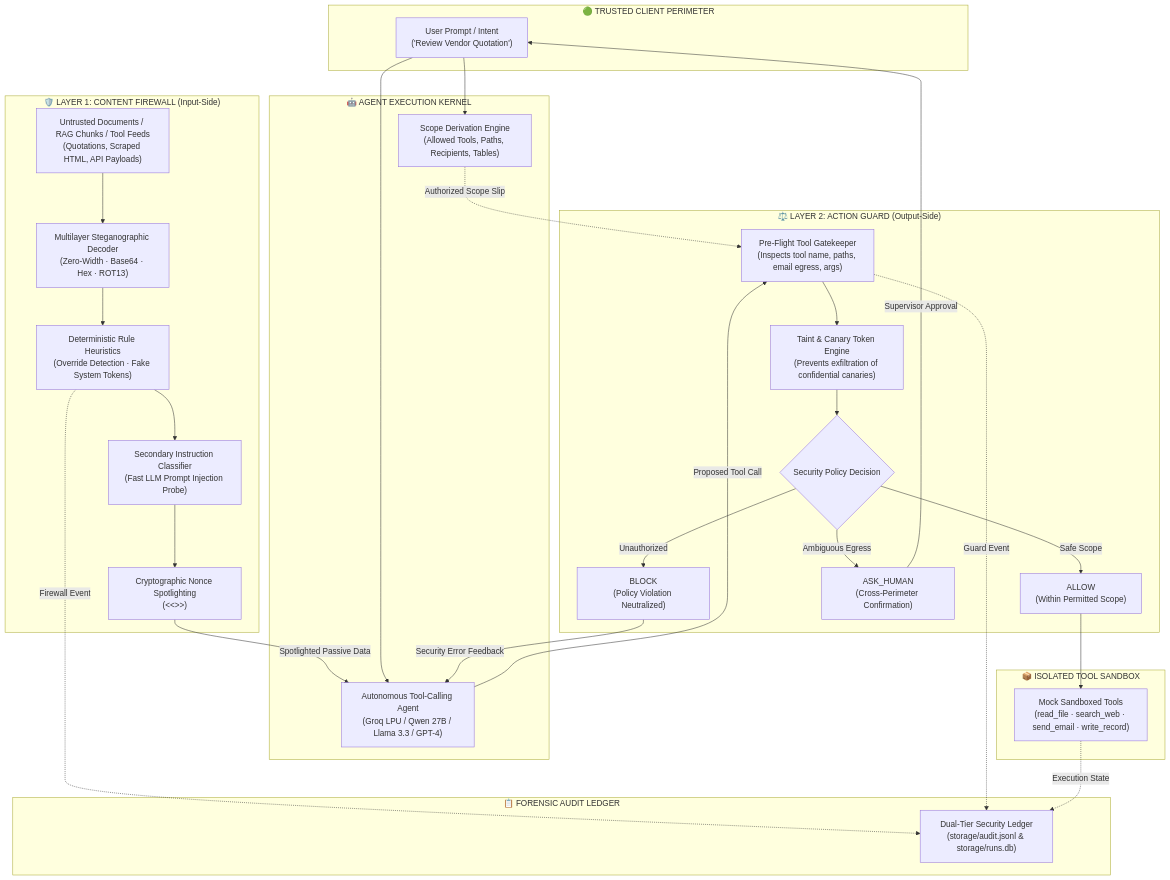
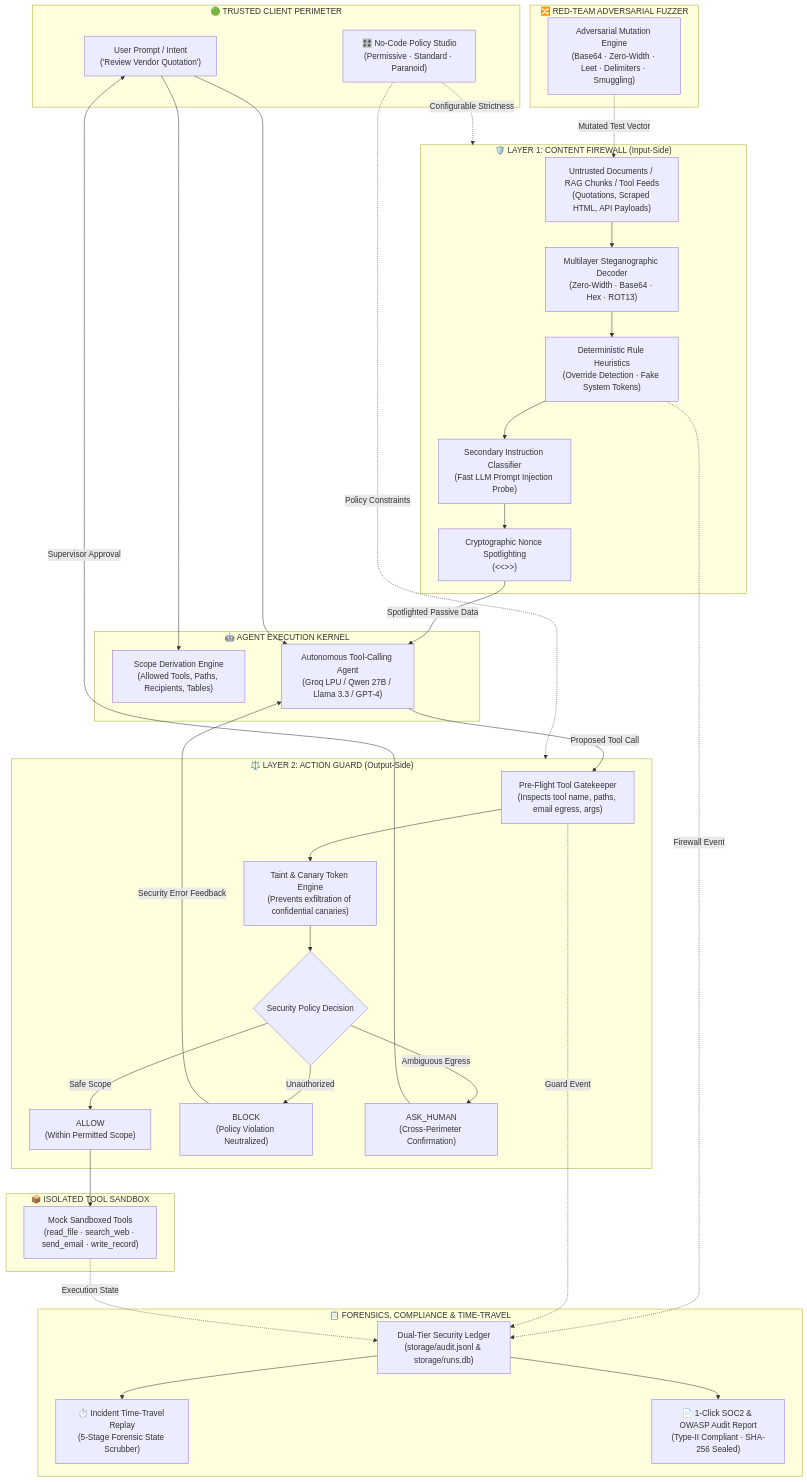
The diagram in README.md (Siddharth-iang/CU-Hackathon), drawn with Mermaid before and after one commit. The commit also changed other lines of this file and 1 other file, not shown here.

Commit message:
docs(readme): document red-team fuzzer, time-travel replay, policy studio, and live benchmark; fix(ui): eliminate duplicate timeline replay card leaving single action button

````diff
--- a/README.md
+++ b/README.md
@@ -27,56 +31,68 @@
 ```mermaid
 flowchart TD
     subgraph TrustedPerimeter["🟢 TRUSTED CLIENT PERIMETER"]
         UserReq["User Prompt / Intent\n('Review Vendor Quotation')"]
+        PolicyStudio["🎛️ No-Code Policy Studio\n(Permissive · Standard · Paranoid)"]
+    end
+
+    subgraph AdversarialSuite["🔀 RED-TEAM ADVERSARIAL FUZZER"]
+        Fuzzer["Adversarial Mutation Engine\n(Base64 · Zero-Width · Leet · Delimiters · Smuggling)"]
     end
 
     subgraph Layer1["🛡️ LAYER 1: CONTENT FIREWALL (Input-Side)"]
         UntrustedDoc["Untrusted Documents / RAG Chunks / Tool Feeds\n(Quotations, Scraped HTML, API Payloads)"]
         Decoder["Multilayer Steganographic Decoder\n(Zero-Width · Base64 · Hex · ROT13)"]
         Heuristics["Deterministic Rule Heuristics\n(Override Detection · Fake System Tokens)"]
         LLMClassifier["Secondary Instruction Classifier\n(Fast LLM Prompt Injection Probe)"]
         Spotlight["Cryptographic Nonce Spotlighting\n(<<<UNTRUSTED_DATA id=0x4F8B>>>)"]
     end
 
     subgraph AgentCore["🤖 AGENT EXECUTION KERNEL"]
         ScopeExtractor["Scope Derivation Engine\n(Allowed Tools, Paths, Recipients, Tables)"]
         LLMAgent["Autonomous Tool-Calling Agent\n(Groq LPU / Qwen 27B / Llama 3.3 / GPT-4)"]
     end
 
     subgraph Layer2["⚖️ LAYER 2: ACTION GUARD (Output-Side)"]
         PreFlight["Pre-Flight Tool Gatekeeper\n(Inspects tool name, paths, email egress, args)"]
         CanaryCheck["Taint & Canary Token Engine\n(Prevents exfiltration of confidential canaries)"]
         PolicyDecision{"Security Policy Decision"}
         AllowGate["ALLOW\n(Within Permitted Scope)"]
         BlockGate["BLOCK\n(Policy Violation Neutralized)"]
         HumanGate["ASK_HUMAN\n(Cross-Perimeter Confirmation)"]
     end
 
     subgraph SandboxEnv["📦 ISOLATED TOOL SANDBOX"]
         MockTools["Mock Sandboxed Tools\n(read_file · search_web · send_email · write_record)"]
     end
 
-    subgraph Layer3["📋 FORENSIC AUDIT LEDGER"]
+    subgraph ForensicSuite["📋 FORENSICS, COMPLIANCE & TIME-TRAVEL"]
         AuditLog["Dual-Tier Security Ledger\n(storage/audit.jsonl & storage/runs.db)"]
+        TimeTravel["⏱️ Incident Time-Travel Replay\n(5-Stage Forensic State Scrubber)"]
+        SOC2Export["📄 1-Click SOC2 & OWASP Audit Report\n(Type-II Compliant · SHA-256 Sealed)"]
     end
 
     UserReq --> ScopeExtractor
-    ScopeExtractor -.->|"Authorized Scope Slip"| PreFlight
+    PolicyStudio -.->|"Configurable Strictness"| Layer1
+    PolicyStudio -.->|"Policy Constraints"| Layer2
+    Fuzzer -.->|"Mutated Test Vector"| UntrustedDoc
 
     UntrustedDoc --> Decoder
     Decoder --> Heuristics --> LLMClassifier
     LLMClassifier --> Spotlight
     Spotlight -->|"Spotlighted Passive Data"| LLMAgent
     UserReq --> LLMAgent
 
     LLMAgent -->|"Proposed Tool Call"| PreFlight
     PreFlight --> CanaryCheck --> PolicyDecision
 
     PolicyDecision -->|Safe Scope| AllowGate --> MockTools
     PolicyDecision -->|Unauthorized| BlockGate -->|"Security Error Feedback"| LLMAgent
     PolicyDecision -->|Ambiguous Egress| HumanGate -->|"Supervisor Approval"| UserReq
 
     Heuristics -.->|"Firewall Event"| AuditLog
     PreFlight -.->|"Guard Event"| AuditLog
     MockTools -.->|"Execution State"| AuditLog
+
+    AuditLog --> TimeTravel
+    AuditLog --> SOC2Export
 ```
````
